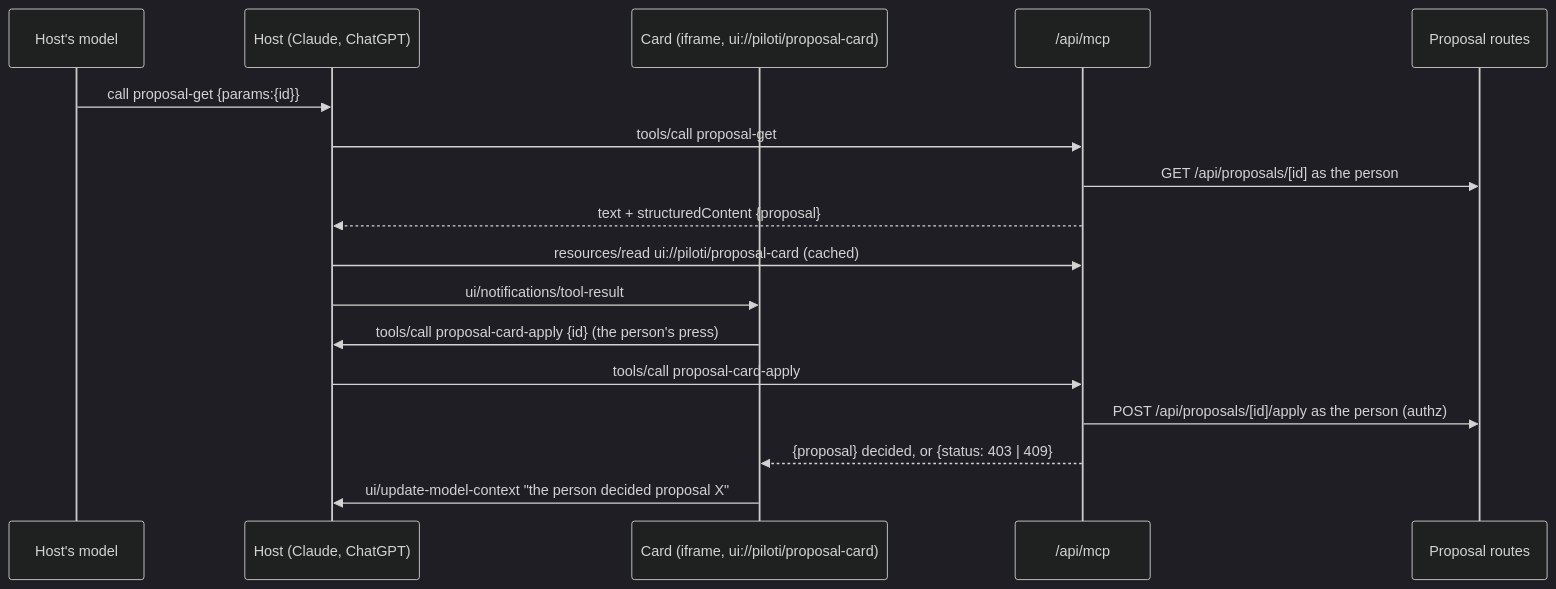
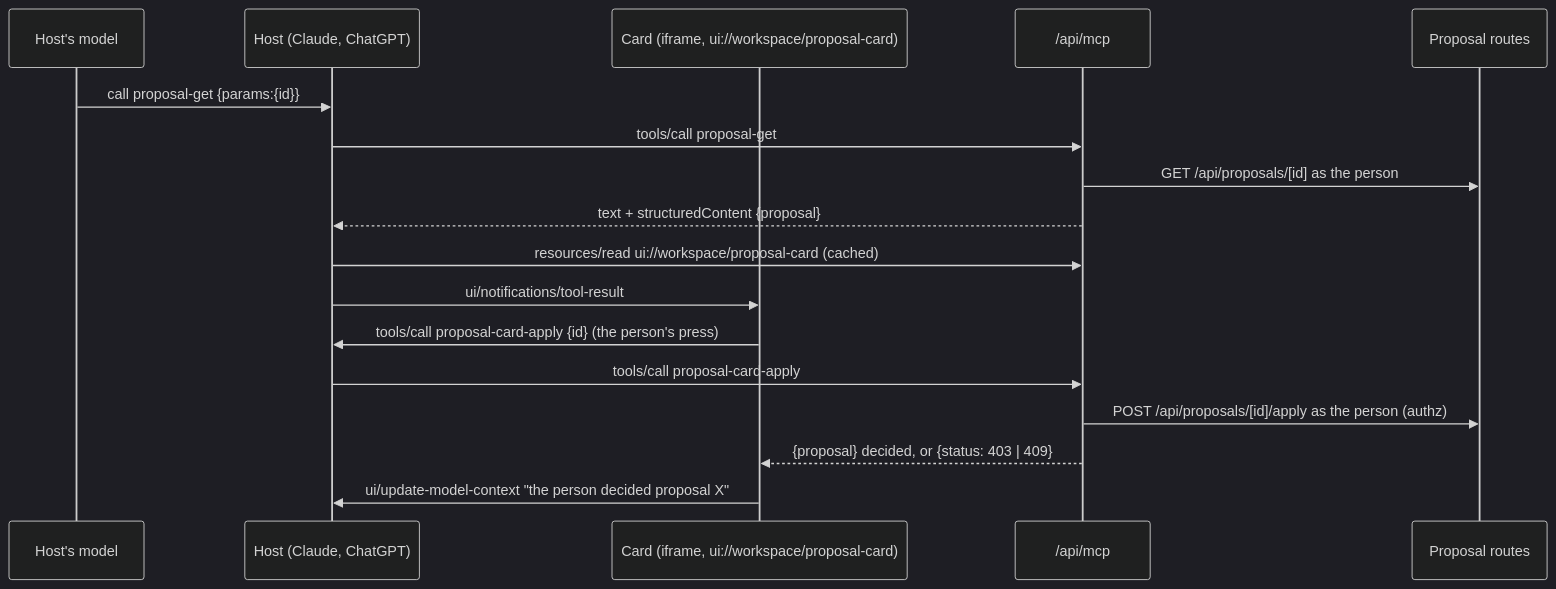
One commit to archos-at/archos changed the second of 2 diagrams in docs/architecture/agent-surface.md. Above: the diagram before and after it, drawn with Mermaid (dark theme). The commit also changed other lines of this file and 149 other files, not shown here.

````diff
--- a/docs/architecture/agent-surface.md
+++ b/docs/architecture/agent-surface.md
@@ -794,19 +796,19 @@
 ```mermaid
 sequenceDiagram
   participant M as Host's model
   participant H as Host (Claude, ChatGPT)
-  participant V as Card (iframe, ui://piloti/proposal-card)
+  participant V as Card (iframe, ui://workspace/proposal-card)
   participant D as /api/mcp
   participant R as Proposal routes
   M->>H: call proposal-get {params:{id}}
   H->>D: tools/call proposal-get
   D->>R: GET /api/proposals/[id] as the person
   D-->>H: text + structuredContent {proposal}
-  H->>D: resources/read ui://piloti/proposal-card (cached)
+  H->>D: resources/read ui://workspace/proposal-card (cached)
   H->>V: ui/notifications/tool-result
   V->>H: tools/call proposal-card-apply {id} (the person's press)
   H->>D: tools/call proposal-card-apply
   D->>R: POST /api/proposals/[id]/apply as the person (authz)
   D-->>V: {proposal} decided, or {status: 403 | 409}
   V->>H: ui/update-model-context "the person decided proposal X"
 ```
````
